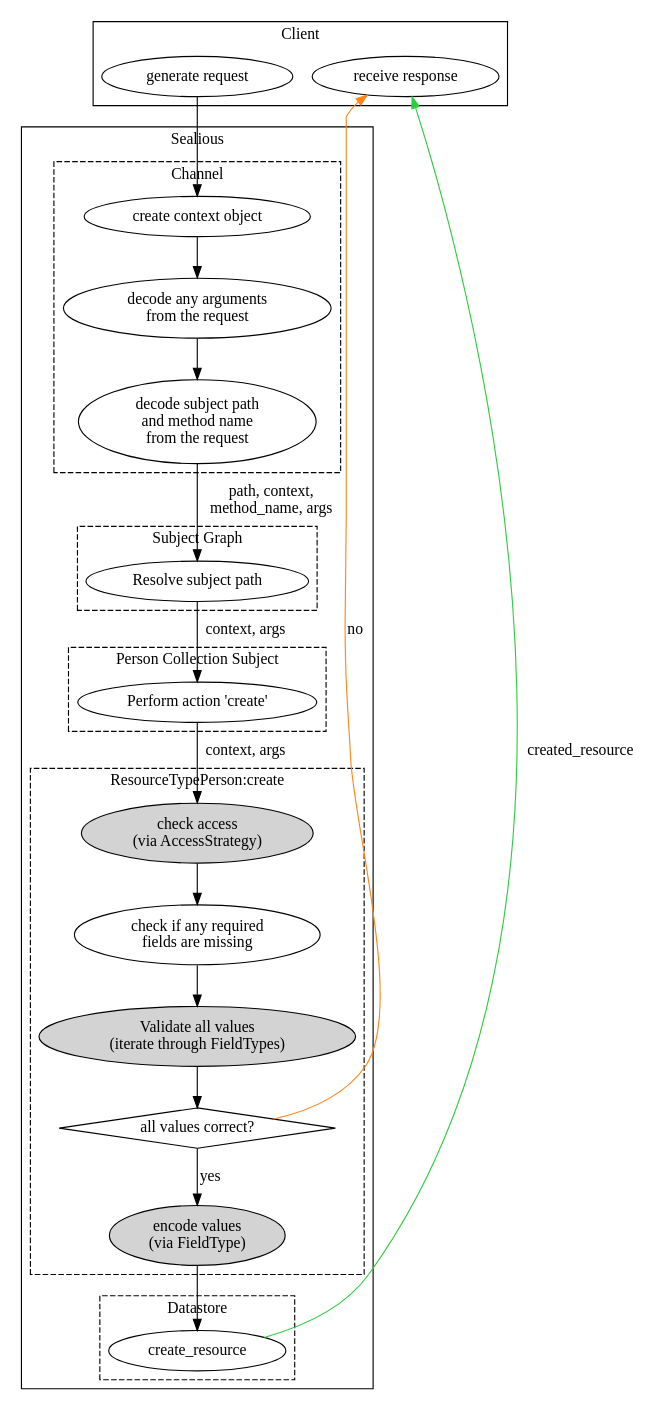
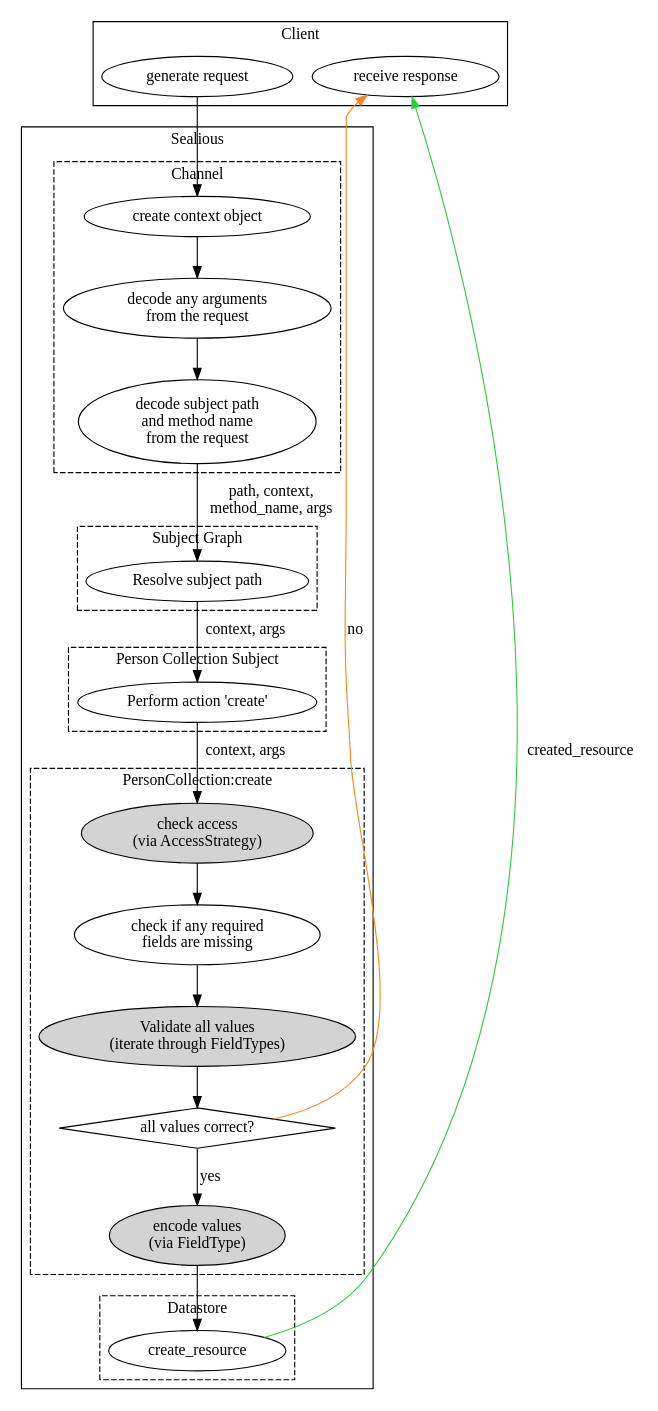
One commit to sealcode/sealious-user-reference changed the second of 2 diagrams in 0-intro.md. Above: the diagram before and after it, drawn with Graphviz. The commit also changed other lines of this file and 5 other files, not shown here.

Commit message:
Apply ResourceType -> Collection nomenclature change

````diff
--- a/0-intro.md
+++ b/0-intro.md
@@ -165,70 +165,70 @@
 ```graphviz
 digraph lifespan{
 
 	graph [fontname = "Neris"];
 	node [fontname = "Neris"];
 	edge [fontname = "Neris"];
 
 	subgraph clusterClient {
 		label="Client";
 		receive_result [label="receive response"];
 		generate_request [label="generate request", root=true];
 	}
 
 	subgraph clusterSealious{
 		label="Sealious";
 		
 		subgraph clusterChannel {
 			style="dashed";
 			label="Channel";
 			generate_context [label="create context object"];
 			generate_path [label="decode subject path\nand method name\nfrom the request"];
 			get_arguments [label="decode any arguments\nfrom the request"];
 		}
 
 		subgraph clusterSubject {
 			style="dashed";
 			label="Subject Graph";
 			resolve_subject [label="Resolve subject path"];
 		}
 
 		subgraph clusterResourceCollection {
 			style="dashed";
 			label="Person Collection Subject";
 			perform_action [label="Perform action 'create'"];
 		}
 
 		subgraph clusterResourceTypeCreate {
 			style="dashed";
-			label="ResourceTypePerson:create";
+			label="PersonCollection:create";
 			validate_values [label="Validate all values\n(iterate through FieldTypes)", style=filled];
 			check_access [label="check access\n(via AccessStrategy)", style=filled];
 			check_missing [label="check if any required\nfields are missing"];
 			encode_values [label="encode values\n(via FieldType)", style=filled];
 			is_valid [label="all values correct?", shape="diamond"];
 		}
 
 		subgraph clusterDatastore {
 			style="dashed";
 			label="Datastore";
 			create_resource;
 		}
 	}
 
 	generate_request -> generate_context -> get_arguments;
 	get_arguments -> generate_path;
 	generate_path -> resolve_subject [label="path, context,\nmethod_name, args"];
 	resolve_subject -> perform_action [label="context, args"];
 	perform_action -> check_access [label="context, args"];
 	check_access ->  check_missing;
 	check_missing -> validate_values;
 	validate_values  -> is_valid;
 	is_valid -> encode_values [label="yes"];
 	encode_values -> create_resource;
 	is_valid -> receive_result [label="no", constraint=false, weight=100, color="#FF851B"];
 	create_resource -> receive_result [constraint=false, weight=100, color="#2ECC40", label="created_resource"];
 
 	
 }
 
 ```
````
